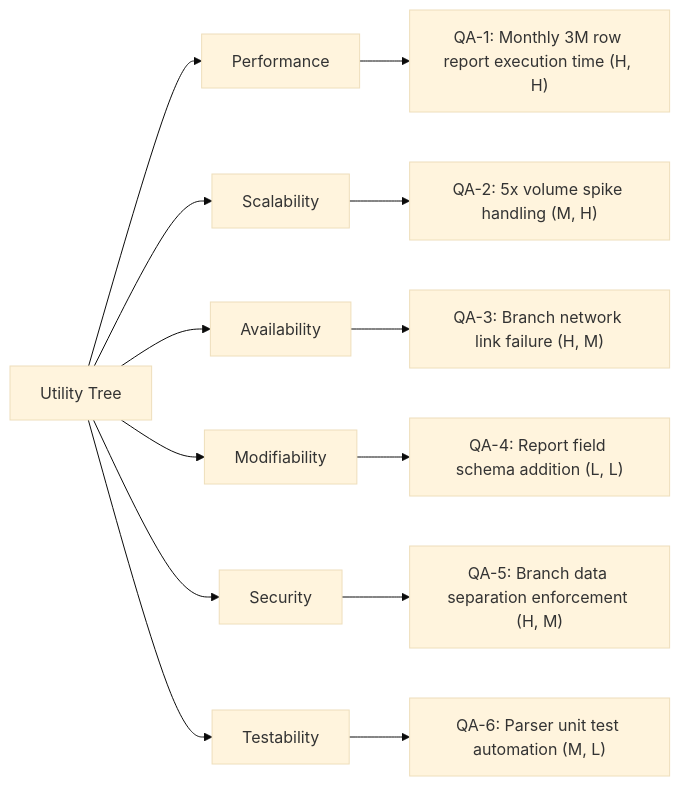
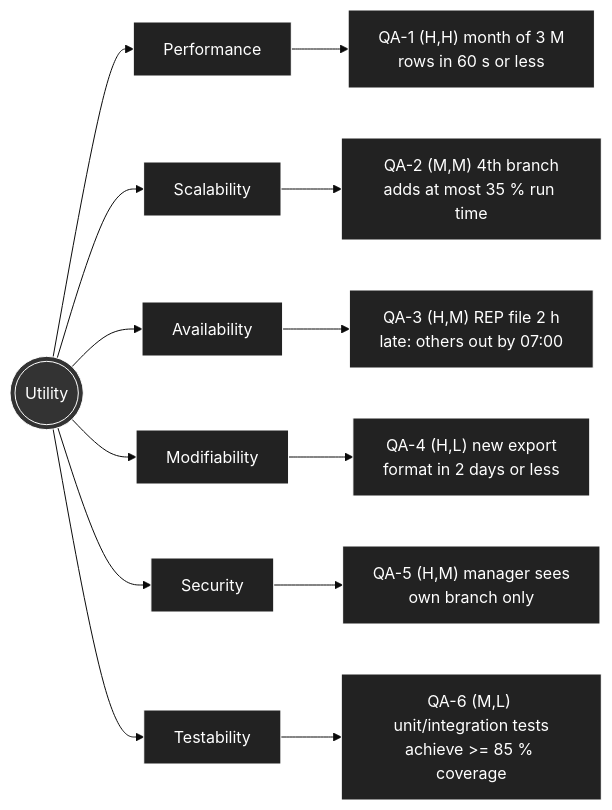
The diagram in lab01/quality-scenarios.md (SathyaPoch/sales-report-PochSathyaSaoDaliInaco), drawn with Mermaid (base theme) before and after one commit. The commit also changed 4 other files, not shown here.

````diff
--- a/lab01/quality-scenarios.md
+++ b/lab01/quality-scenarios.md
@@ -42,16 +42,32 @@
 ```mermaid
 flowchart LR
-    Root[Utility Tree] --> Performance
-    Root[Utility Tree] --> Scalability
-    Root[Utility Tree] --> Availability
-    Root[Utility Tree] --> Modifiability
-    Root[Utility Tree] --> Security
-    Root[Utility Tree] --> Testability
+    %% Define Graph Style
+    classDef root fill:#333,stroke:#fff,stroke-width:1px,color:#fff;
+    classDef category fill:#222,stroke:#fff,stroke-width:1px,color:#fff;
+    classDef leaf fill:#222,stroke:#fff,stroke-width:1px,color:#fff;
 
-    Performance --> QA1["QA-1: Monthly 3M row report execution time (H, H)"]
-    Scalability --> QA2["QA-2: 5x volume spike handling (M, H)"]
-    Availability --> QA3["QA-3: Branch network link failure (H, M)"]
-    Modifiability --> QA4["QA-4: Report field schema addition (L, L)"]
-    Security --> QA5["QA-5: Branch data separation enforcement (H, M)"]
-    Testability --> QA6["QA-6: Parser unit test automation (M, L)"]
+    %% Define Tree Nodes with exact content matching your sample
+    Utility(((Utility))):::root
+
+    Perf[Performance]:::category
+    Scal[Scalability]:::category
+    Avail[Availability]:::category
+    Mod[Modifiability]:::category
+    Sec[Security]:::category
+    Test[Testability]:::category
+
+    QA1["QA-1 (H,H) month of 3 M<br/>rows in 60 s or less"]:::leaf
+    QA2["QA-2 (M,M) 4th branch<br/>adds at most 35 % run time"]:::leaf
+    QA3["QA-3 (H,M) REP file 2 h<br/>late: others out by 07:00"]:::leaf
+    QA4["QA-4 (H,L) new export<br/>format in 2 days or less"]:::leaf
+    QA5["QA-5 (H,M) manager sees<br/>own branch only"]:::leaf
+    QA6["QA-6 (M,L) unit/integration tests<br/>achieve >= 85 % coverage"]:::leaf
+
+    %% Connections
+    Utility --> Perf --> QA1
+    Utility --> Scal --> QA2
+    Utility --> Avail --> QA3
+    Utility --> Mod --> QA4
+    Utility --> Sec --> QA5
+    Utility --> Test --> QA6
 ```
````
